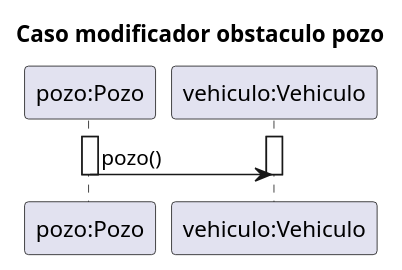
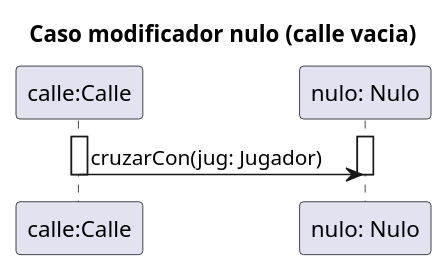
One commit to tomasayala/algo3_tp2_1C2022 changed the third of 3 diagrams in diagrams/classes/modelo_inicial/secuencia_ejemplo.plantuml. Above: the diagram before and after it, drawn with PlantUML. The commit also changed other lines of this file and 14 other files, not shown here.

```diff
--- a/diagrams/classes/modelo_inicial/secuencia_ejemplo.plantuml
+++ b/diagrams/classes/modelo_inicial/secuencia_ejemplo.plantuml
@@ -140,16 +121,16 @@
-@startuml sec-modificadores-obstaculo
+@startuml secuencia-modificador-nulo
 
-title Caso modificador obstaculo pozo
+title Caso modificador nulo (calle vacia)
 
-participant "pozo:Pozo" as pozo
-participant "vehiculo:Vehiculo" as vehiculo
+participant "calle:Calle" as calle
+participant "nulo: Nulo" as nulo
 
-activate pozo
-activate vehiculo
+activate calle
+activate nulo
 
-pozo -> vehiculo: pozo()
+calle -> nulo: cruzarCon(jug: Jugador)
 
-deactivate pozo
-deactivate vehiculo
+deactivate calle
+deactivate nulo
 
 @enduml
```
